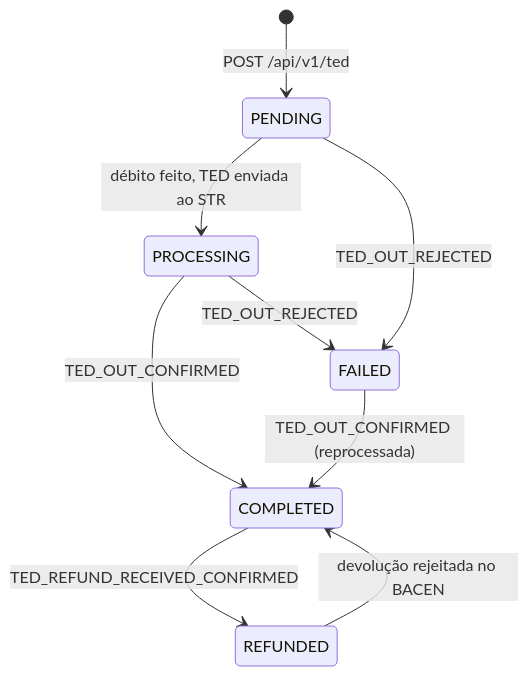
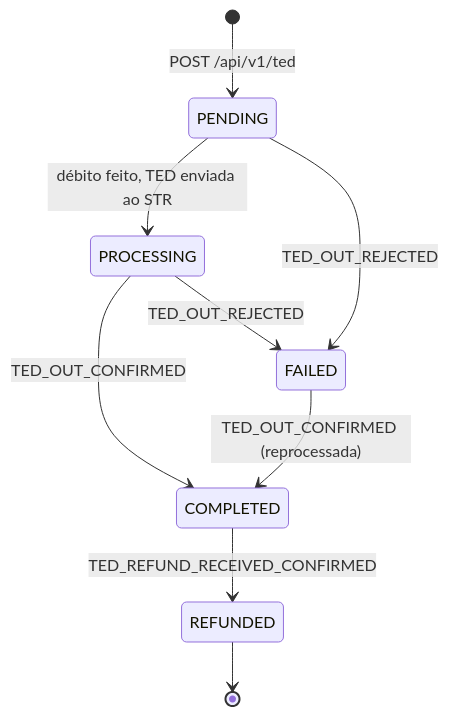
The first of 2 diagrams in docs/ted/ted-lifecycle.md (woovibr/woovi-developers), drawn with Mermaid before and after one commit. The commit also changed other lines of this file, not shown here.

First line of the commit message:
docs(ted): REFUNDED is a final status

````diff
--- a/docs/ted/ted-lifecycle.md
+++ b/docs/ted/ted-lifecycle.md
@@ -23,11 +23,11 @@
 ```mermaid
 stateDiagram-v2
     [*] --> PENDING: POST /api/v1/ted
     PENDING --> PROCESSING: débito feito, TED enviada ao STR
     PENDING --> FAILED: TED_OUT_REJECTED
     PROCESSING --> COMPLETED: TED_OUT_CONFIRMED
     PROCESSING --> FAILED: TED_OUT_REJECTED
     FAILED --> COMPLETED: TED_OUT_CONFIRMED (reprocessada)
     COMPLETED --> REFUNDED: TED_REFUND_RECEIVED_CONFIRMED
-    REFUNDED --> COMPLETED: devolução rejeitada no BACEN
+    REFUNDED --> [*]
 ```
````
